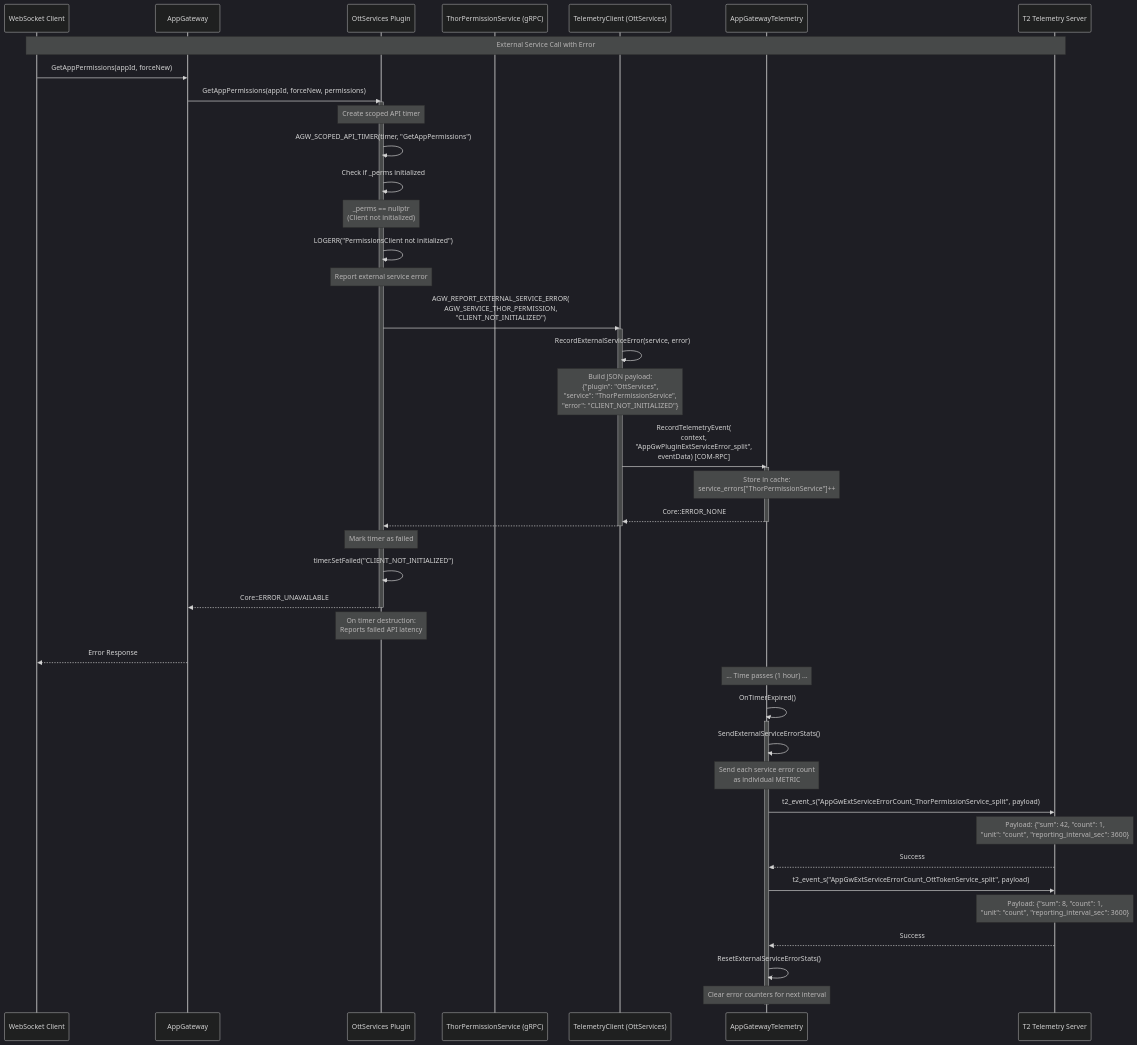
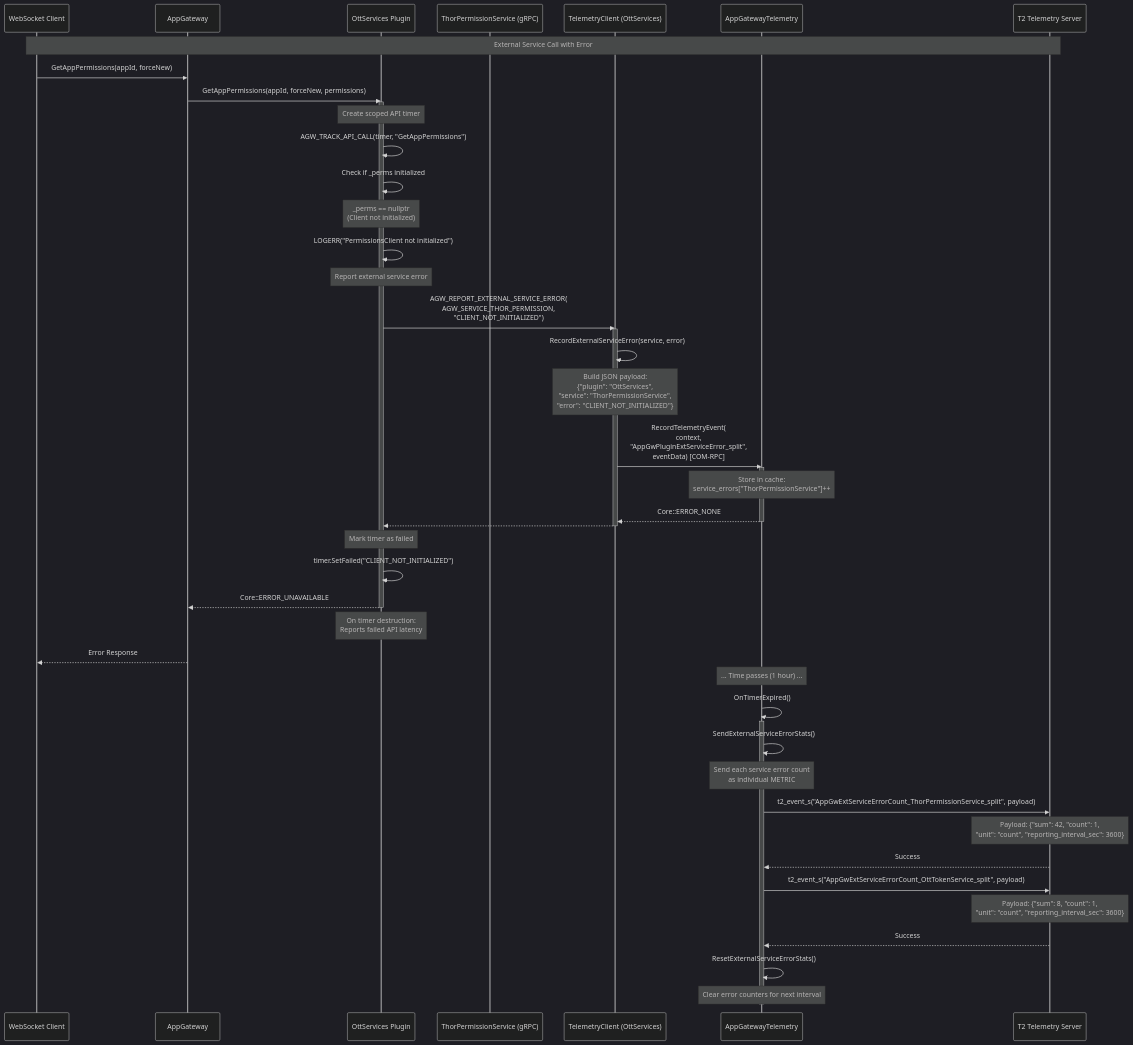
The diagram in AppGateway/docs/sequence-diagrams/04_External_Service_Error_OttServices.md (rdkcentral/entservices-appgateway), drawn with Mermaid (dark theme) before and after one commit. The commit also changed 5 other files, not shown here.

````diff
--- a/AppGateway/docs/sequence-diagrams/04_External_Service_Error_OttServices.md
+++ b/AppGateway/docs/sequence-diagrams/04_External_Service_Error_OttServices.md
@@ -9,75 +9,75 @@
 ```mermaid
 sequenceDiagram
     participant Client as WebSocket Client
     participant AppGw as AppGateway
     participant OttServices as OttServices Plugin
     participant Thor as ThorPermissionService (gRPC)
     participant TelemetryClient as TelemetryClient (OttServices)
     participant Telemetry as AppGatewayTelemetry
     participant T2 as T2 Telemetry Server
     
     Note over Client,T2: External Service Call with Error
     
     Client->>AppGw: GetAppPermissions(appId, forceNew)
     AppGw->>OttServices: GetAppPermissions(appId, forceNew, permissions)
     activate OttServices
     
     Note over OttServices: Create scoped API timer
-    OttServices->>OttServices: AGW_SCOPED_API_TIMER(timer, "GetAppPermissions")
+    OttServices->>OttServices: AGW_TRACK_API_CALL(timer, "GetAppPermissions")
     
     OttServices->>OttServices: Check if _perms initialized
     Note over OttServices: _perms == nullptr<br/>(Client not initialized)
     
     OttServices->>OttServices: LOGERR("PermissionsClient not initialized")
     
     Note over OttServices: Report external service error
     OttServices->>TelemetryClient: AGW_REPORT_EXTERNAL_SERVICE_ERROR(<br/>AGW_SERVICE_THOR_PERMISSION,<br/>"CLIENT_NOT_INITIALIZED")
     activate TelemetryClient
     
     TelemetryClient->>TelemetryClient: RecordExternalServiceError(service, error)
     
     Note over TelemetryClient: Build JSON payload:<br/>{"plugin": "OttServices",<br/> "service": "ThorPermissionService",<br/> "error": "CLIENT_NOT_INITIALIZED"}
     
     TelemetryClient->>Telemetry: RecordTelemetryEvent(<br/>context,<br/>"AppGwPluginExtServiceError_split",<br/>eventData) [COM-RPC]
     activate Telemetry
     
     Note over Telemetry: Store in cache:<br/>service_errors["ThorPermissionService"]++
     
     Telemetry-->>TelemetryClient: Core::ERROR_NONE
     deactivate Telemetry
     
     TelemetryClient-->>OttServices: 
     deactivate TelemetryClient
     
     Note over OttServices: Mark timer as failed
     OttServices->>OttServices: timer.SetFailed("CLIENT_NOT_INITIALIZED")
     
     OttServices-->>AppGw: Core::ERROR_UNAVAILABLE
     deactivate OttServices
     
     Note over OttServices: On timer destruction:<br/>Reports failed API latency
     
     AppGw-->>Client: Error Response
     
     Note over Telemetry: ... Time passes (1 hour) ...
     
     Telemetry->>Telemetry: OnTimerExpired()
     activate Telemetry
     
     Telemetry->>Telemetry: SendExternalServiceErrorStats()
     
     Note over Telemetry: Send each service error count<br/>as individual METRIC
     
     Telemetry->>T2: t2_event_s("AppGwExtServiceErrorCount_ThorPermissionService_split", payload)
     Note over T2: Payload: {"sum": 42, "count": 1,<br/>"unit": "count", "reporting_interval_sec": 3600}
     T2-->>Telemetry: Success
     
     Telemetry->>T2: t2_event_s("AppGwExtServiceErrorCount_OttTokenService_split", payload)
     Note over T2: Payload: {"sum": 8, "count": 1,<br/>"unit": "count", "reporting_interval_sec": 3600}
     T2-->>Telemetry: Success
     
     Telemetry->>Telemetry: ResetExternalServiceErrorStats()
     Note over Telemetry: Clear error counters for next interval
     
     deactivate Telemetry
 ```
````
